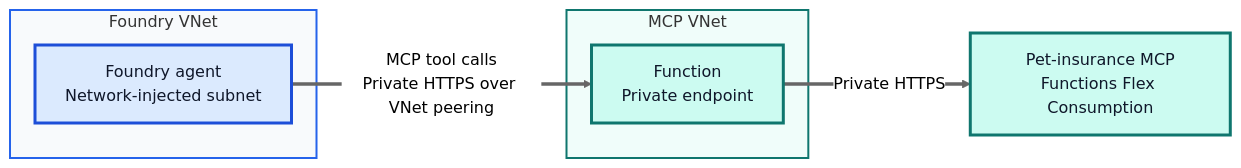
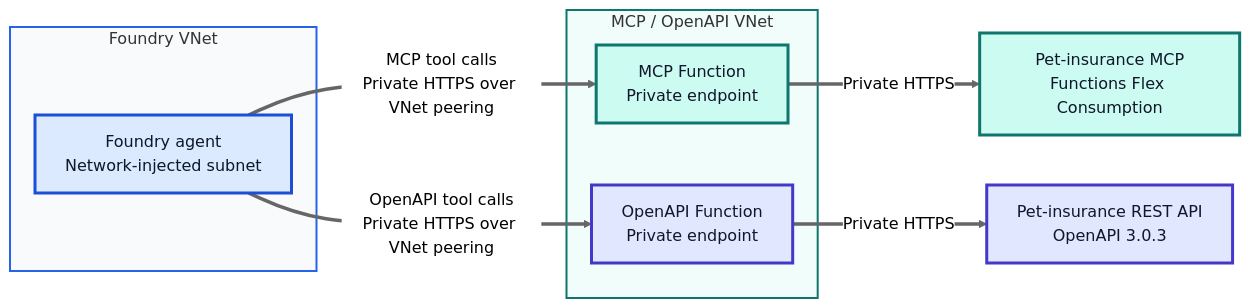
One commit to georgeollis/foundry-agent-service-remote-mcp changed the first of 2 diagrams in README.md. Above: the diagram before and after it, drawn with Mermaid (neutral theme). The commit also changed other lines of this file and 16 other files, not shown here.

First line of the commit message:
Add private OpenAPI Function and Foundry-ready API specification

````diff
--- a/README.md
+++ b/README.md
@@ -32,20 +32,26 @@
 ```mermaid
 flowchart LR
     subgraph foundryVnet["Foundry VNet"]
         agent["Foundry agent<br/>Network-injected subnet"]
     end
-    subgraph mcpVnet["MCP VNet"]
-        endpoint["Function<br/>Private endpoint"]
+    subgraph mcpVnet["MCP / OpenAPI VNet"]
+        endpoint["MCP Function<br/>Private endpoint"]
+        apiEndpoint["OpenAPI Function<br/>Private endpoint"]
     end
     server["Pet-insurance MCP<br/>Functions Flex Consumption"]
+    apiServer["Pet-insurance REST API<br/>OpenAPI 3.0.3"]
 
     agent ==>|"MCP tool calls<br/>Private HTTPS over VNet peering"| endpoint
     endpoint ==>|"Private HTTPS"| server
+    agent ==>|"OpenAPI tool calls<br/>Private HTTPS over VNet peering"| apiEndpoint
+    apiEndpoint ==>|"Private HTTPS"| apiServer
 
     classDef agent fill:#DBEAFE,stroke:#1D4ED8,stroke-width:3px,color:#0F172A
     classDef mcp fill:#CCFBF1,stroke:#0F766E,stroke-width:3px,color:#0F172A
+    classDef api fill:#E0E7FF,stroke:#4338CA,stroke-width:3px,color:#0F172A
     class agent agent
     class endpoint,server mcp
+    class apiEndpoint,apiServer api
     style foundryVnet fill:#F8FAFC,stroke:#2563EB,stroke-width:2px
     style mcpVnet fill:#F0FDFA,stroke:#0F766E,stroke-width:2px
 ```
````
